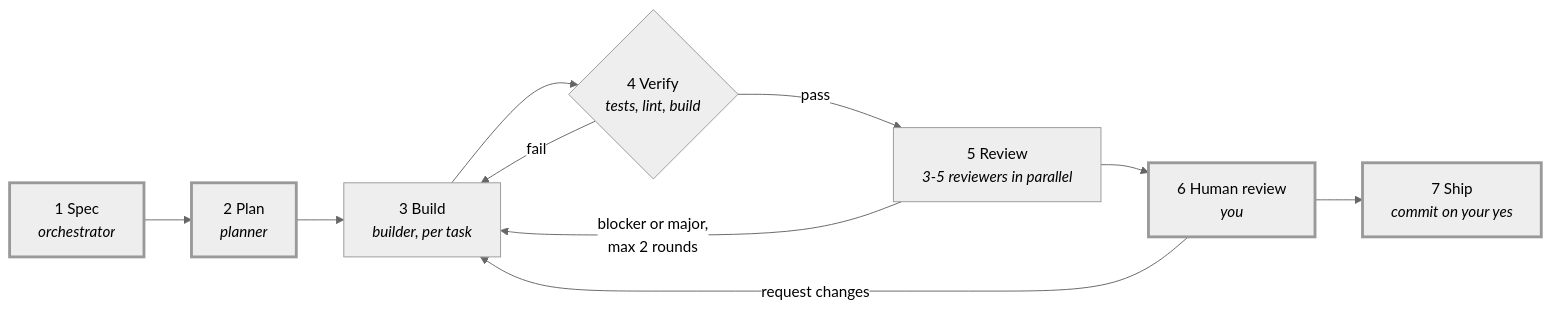
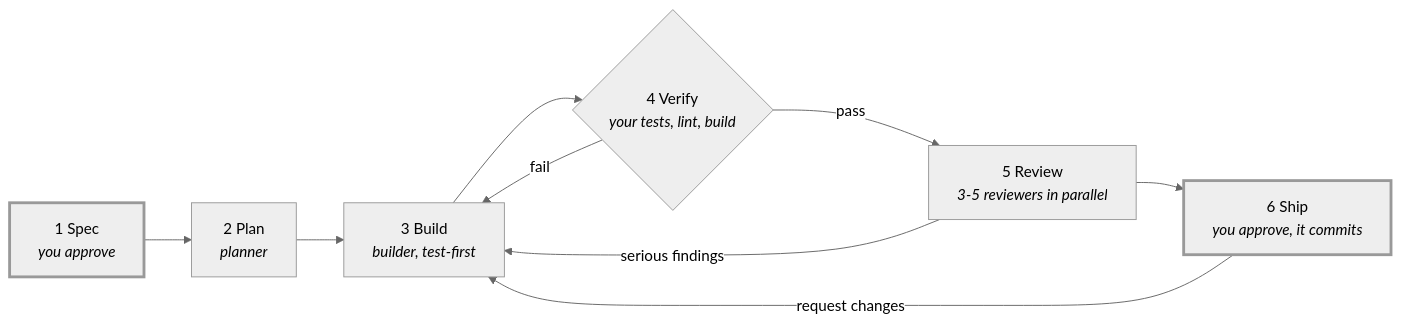
One commit to arttuaarnio/slipyard changed the diagram in README.md. Above: the diagram before and after it, drawn with Mermaid (neutral theme). The commit also changed other lines of this file and 61 other files, not shown here.

````diff
--- a/README.md
+++ b/README.md
@@ -26,13 +28,12 @@
 ```mermaid
 flowchart LR
-    S["1 Spec<br/><i>orchestrator</i>"]:::gate --> P["2 Plan<br/><i>planner</i>"]:::gate
-    P --> B["3 Build<br/><i>builder, per task</i>"]
-    B --> V{"4 Verify<br/><i>tests, lint, build</i>"}
+    S["1 Spec<br/><i>you approve</i>"]:::gate --> P["2 Plan<br/><i>planner</i>"]
+    P --> B["3 Build<br/><i>builder, test-first</i>"]
+    B --> V{"4 Verify<br/><i>your tests, lint, build</i>"}
     V -- fail --> B
     V -- pass --> R["5 Review<br/><i>3-5 reviewers in parallel</i>"]
-    R -- "blocker or major,<br/>max 2 rounds" --> B
-    R --> H["6 Human review<br/><i>you</i>"]:::gate
-    H -- "request changes" --> B
-    H --> X["7 Ship<br/><i>commit on your yes</i>"]:::gate
+    R -- "serious findings" --> B
+    R --> X["6 Ship<br/><i>you approve, it commits</i>"]:::gate
+    X -- "request changes" --> B
     classDef gate stroke-width:3px
 ```
````
